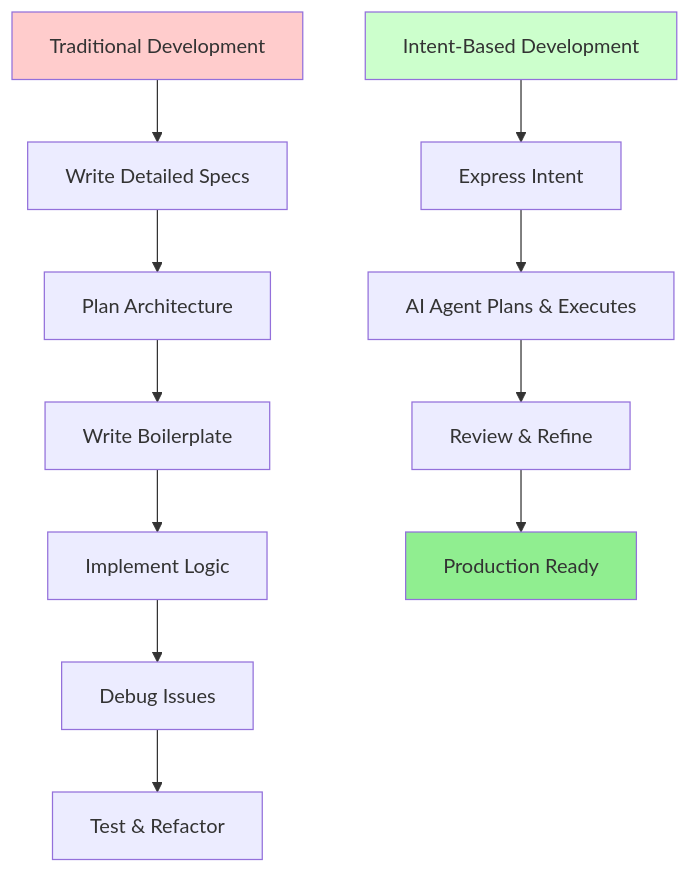
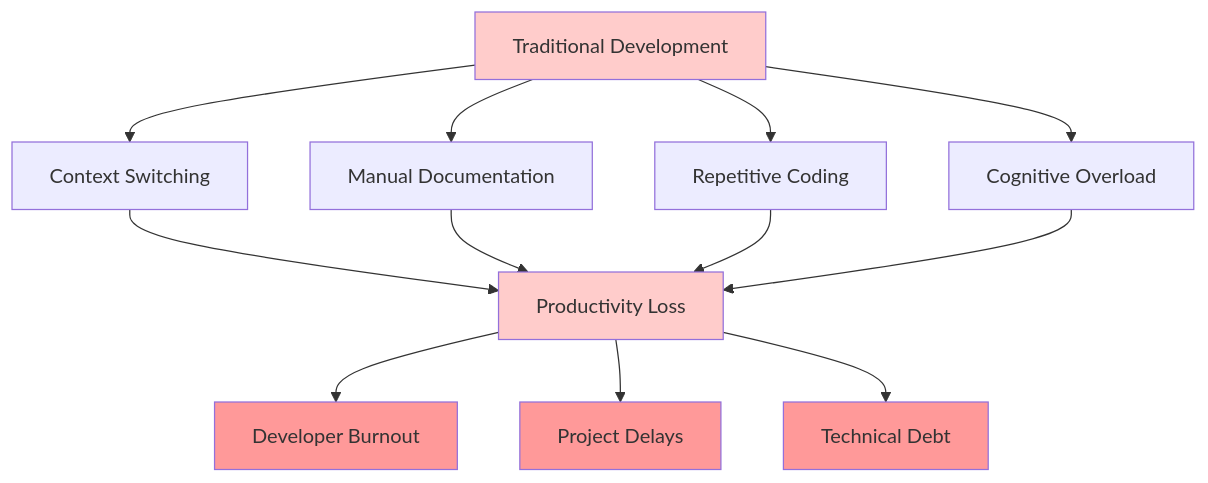
Before and after one commit to raphaelmansuy/tutorials: the first of 11 diagrams in 17_intent_based_dev_vs_code_copilot.md, drawn with Mermaid. The commit also changed other lines of this file, not shown here.

Commit message:
Implement feature X to enhance user experience and fix bug Y in module Z

````diff
--- a/17_intent_based_dev_vs_code_copilot.md
+++ b/17_intent_based_dev_vs_code_copilot.md
@@ -9,18 +26,22 @@
 ```mermaid
 graph TD
-    A[Traditional Development] --> B[Write Detailed Specs]
-    B --> C[Plan Architecture]
-    C --> D[Write Boilerplate]
-    D --> E[Implement Logic]
-    E --> F[Debug Issues]
-    F --> G[Test & Refactor]
+    A[Traditional Development] --> B[Context Switching]
+    A --> C[Manual Documentation]
+    A --> D[Repetitive Coding]
+    A --> E[Cognitive Overload]
     
-    H[Intent-Based Development] --> I[Express Intent]
-    I --> J[AI Agent Plans & Executes]
-    J --> K[Review & Refine]
-    K --> L[Production Ready]
+    B --> F[Productivity Loss]
+    C --> F
+    D --> F
+    E --> F
     
-    style A fill:#ffcccc
-    style H fill:#ccffcc
-    style L fill:#90EE90
+    F --> G[Developer Burnout]
+    F --> H[Project Delays]
+    F --> I[Technical Debt]
+    
+    style A fill:#ffcccb
+    style F fill:#ffcccb
+    style G fill:#ff9999
+    style H fill:#ff9999
+    style I fill:#ff9999
 ```
````
